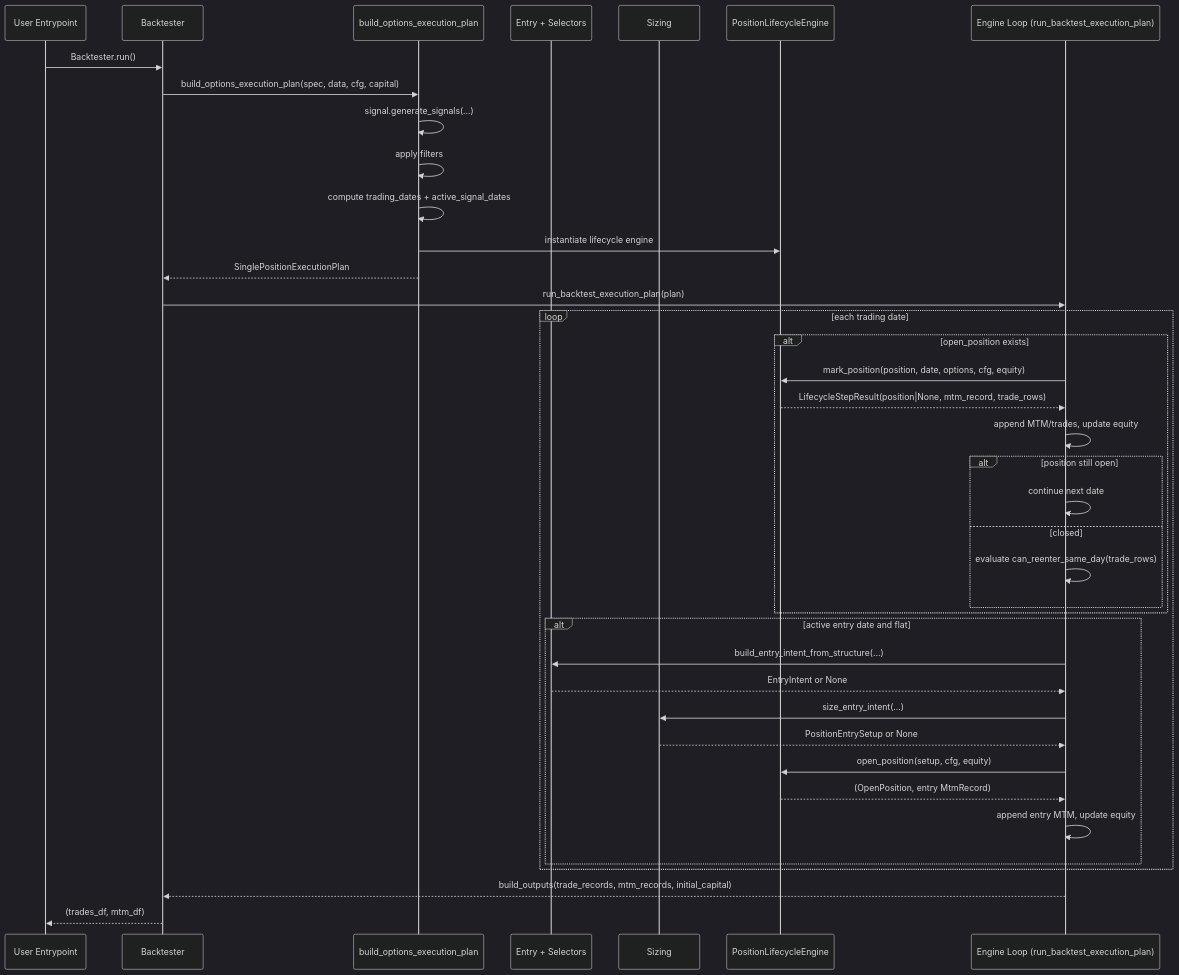
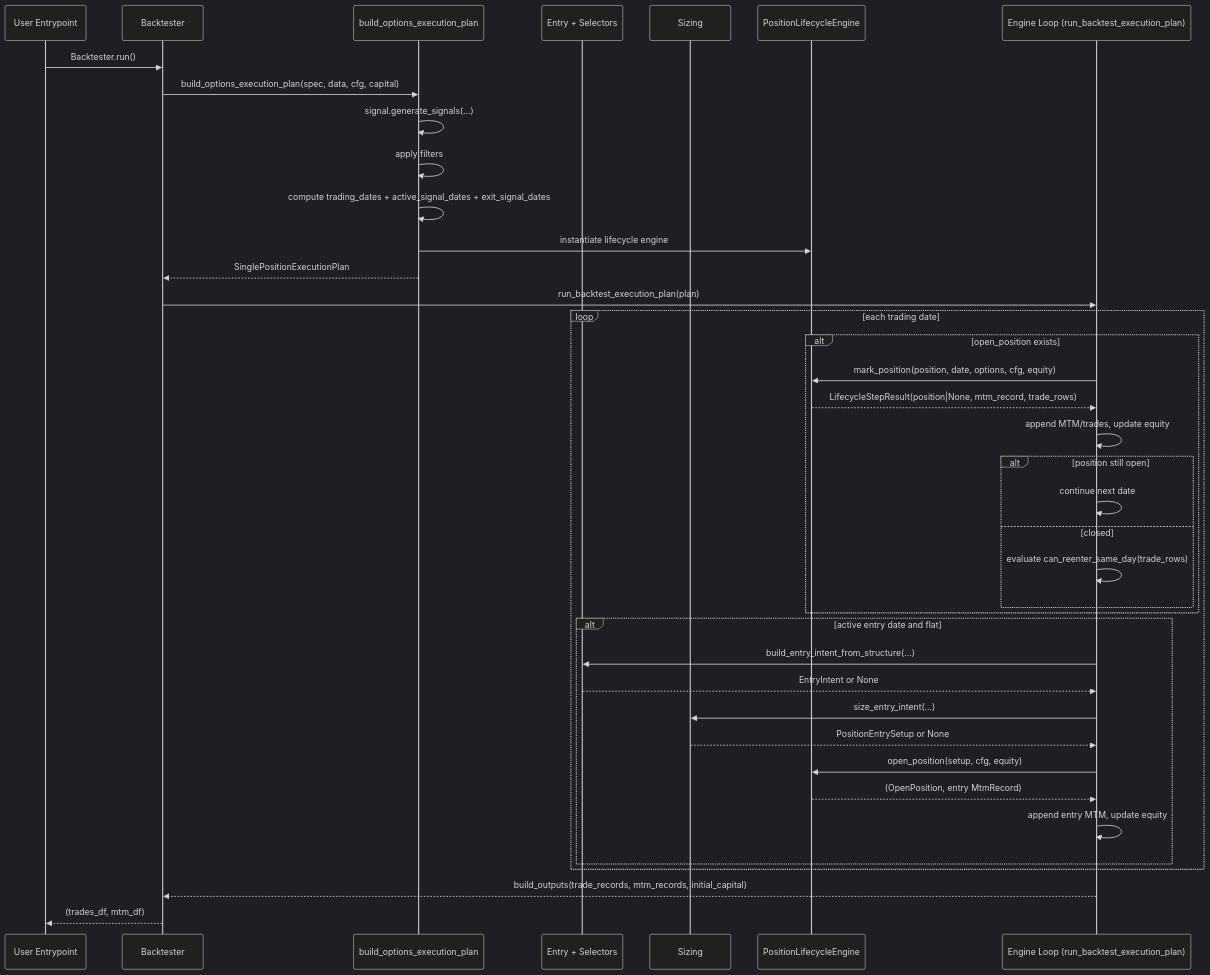
One commit to anthonymakarewicz/volatility-trading changed the fifth of 6 diagrams in docs/reference/backtesting/architecture_internals.md. Above: the diagram before and after it, drawn with Mermaid (dark theme). The commit also changed other lines of this file and 21 other files, not shown here.

````diff
--- a/docs/reference/backtesting/architecture_internals.md
+++ b/docs/reference/backtesting/architecture_internals.md
@@ -178,44 +178,44 @@
 ```mermaid
 sequenceDiagram
     participant U as User Entrypoint
     participant B as Backtester
     participant PB as build_options_execution_plan
     participant E as Entry + Selectors
     participant Z as Sizing
     participant L as PositionLifecycleEngine
     participant K as Engine Loop (run_backtest_execution_plan)
 
     U->>B: Backtester.run()
     B->>PB: build_options_execution_plan(spec, data, cfg, capital)
     PB->>PB: signal.generate_signals(...)
     PB->>PB: apply filters
-    PB->>PB: compute trading_dates + active_signal_dates
+    PB->>PB: compute trading_dates + active_signal_dates + exit_signal_dates
     PB->>L: instantiate lifecycle engine
     PB-->>B: SinglePositionExecutionPlan
 
     B->>K: run_backtest_execution_plan(plan)
     loop each trading date
         alt open_position exists
             K->>L: mark_position(position, date, options, cfg, equity)
             L-->>K: LifecycleStepResult(position|None, mtm_record, trade_rows)
             K->>K: append MTM/trades, update equity
             alt position still open
                 K->>K: continue next date
             else closed
                 K->>K: evaluate can_reenter_same_day(trade_rows)
             end
         end
 
         alt active entry date and flat
             K->>E: build_entry_intent_from_structure(...)
             E-->>K: EntryIntent or None
             K->>Z: size_entry_intent(...)
             Z-->>K: PositionEntrySetup or None
             K->>L: open_position(setup, cfg, equity)
             L-->>K: (OpenPosition, entry MtmRecord)
             K->>K: append entry MTM, update equity
         end
     end
     K-->>B: build_outputs(trade_records, mtm_records, initial_capital)
     B-->>U: (trades_df, mtm_df)
 ```
````
